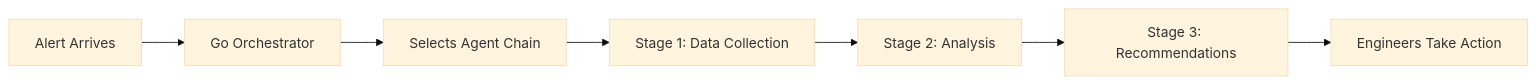
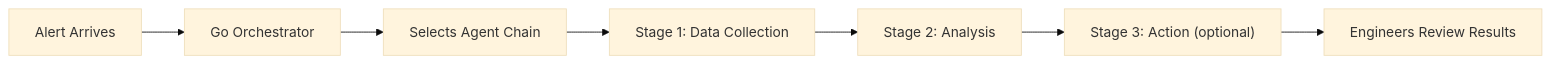
Before and after one commit to codeready-toolchain/tarsy: the first of 6 diagrams in docs/architecture-overview.md, drawn with Mermaid (base theme). The commit also changed other lines of this file and 6 other files, not shown here.

````diff
--- a/docs/architecture-overview.md
+++ b/docs/architecture-overview.md
@@ -15,9 +15,9 @@
 ```mermaid
 graph LR
     A[Alert Arrives] --> B[Go Orchestrator]
     B --> C[Selects Agent Chain]
     C --> D["Stage 1: Data Collection"]
     D --> E["Stage 2: Analysis"]
-    E --> F["Stage 3: Recommendations"]
-    F --> G[Engineers Take Action]
+    E --> F["Stage 3: Action (optional)"]
+    F --> G["Engineers Review Results"]
 ```
````
